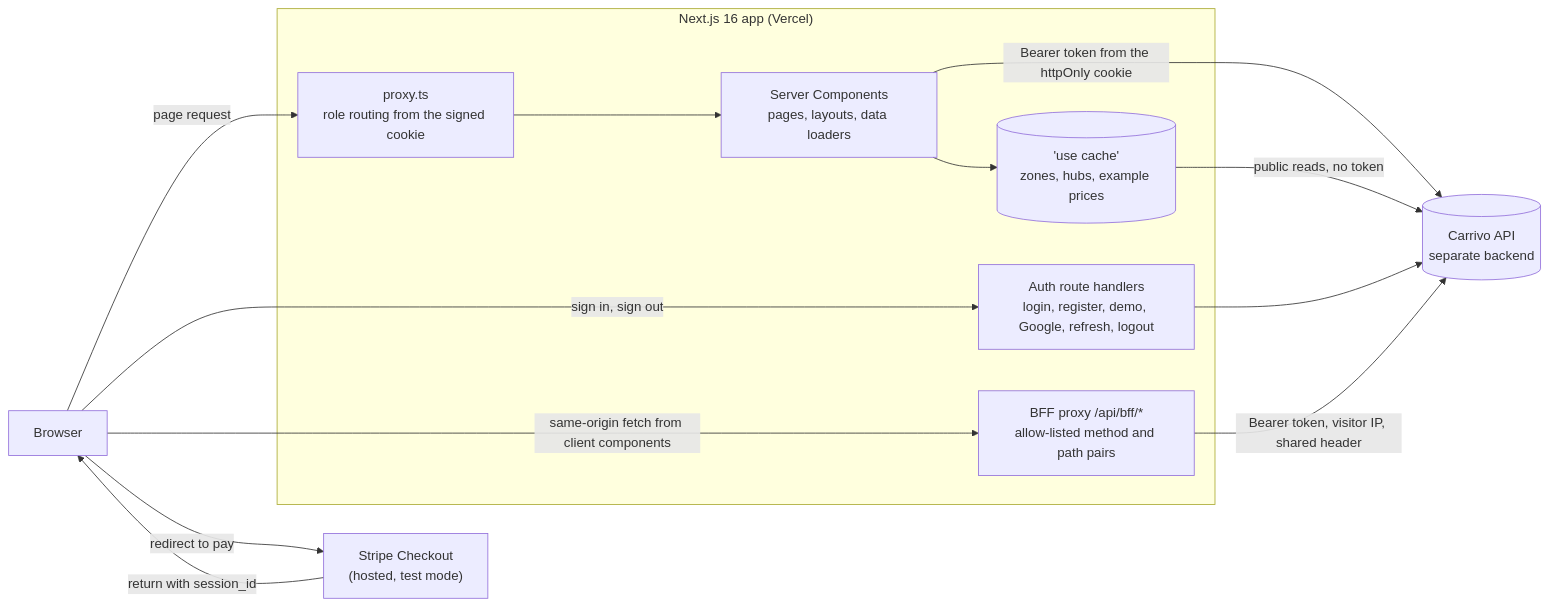
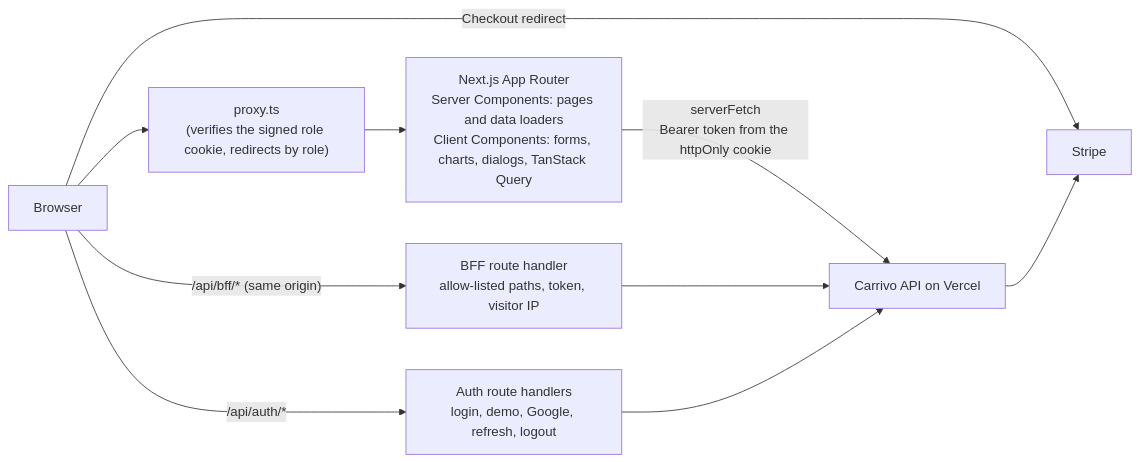
The first of 5 diagrams in README.md (Zarif207/Carrivo), drawn with Mermaid before and after one commit. The commit also changed other lines of this file and 34 other files, not shown here.

````diff
--- a/README.md
+++ b/README.md
@@ -210,24 +160,12 @@
 ```mermaid
 flowchart LR
-  B["Browser"]
-
-  subgraph Next["Next.js 16 app (Vercel)"]
-    P["proxy.ts<br/>role routing from the signed cookie"]
-    SC["Server Components<br/>pages, layouts, data loaders"]
-    AUTH["Auth route handlers<br/>login, register, demo, Google, refresh, logout"]
-    BFF["BFF proxy /api/bff/*<br/>allow-listed method and path pairs"]
-    CACHE[("'use cache'<br/>zones, hubs, example prices")]
-  end
-
-  API[("Carrivo API<br/>separate backend")]
-  STRIPE["Stripe Checkout<br/>(hosted, test mode)"]
-
-  B -->|"page request"| P --> SC
-  B -->|"same-origin fetch from client components"| BFF
-  B -->|"sign in, sign out"| AUTH
-  SC -->|"Bearer token from the httpOnly cookie"| API
-  SC --> CACHE -->|"public reads, no token"| API
-  AUTH --> API
-  BFF -->|"Bearer token, visitor IP, shared header"| API
-  B -->|"redirect to pay"| STRIPE -->|"return with session_id"| B
+  B[Browser] --> P["proxy.ts<br/>(verifies the signed role cookie, redirects by role)"]
+  P --> N["Next.js App Router<br/>Server Components: pages and data loaders<br/>Client Components: forms, charts, dialogs, TanStack Query"]
+  N -->|"serverFetch<br/>Bearer token from the httpOnly cookie"| A["Carrivo API on Vercel"]
+  B -->|"/api/bff/* (same origin)"| F["BFF route handler<br/>allow-listed paths, token, visitor IP"]
+  F --> A
+  B -->|"/api/auth/*"| H["Auth route handlers<br/>login, demo, Google, refresh, logout"]
+  H --> A
+  B -->|Checkout redirect| S[Stripe]
+  A --> S
 ```
````
